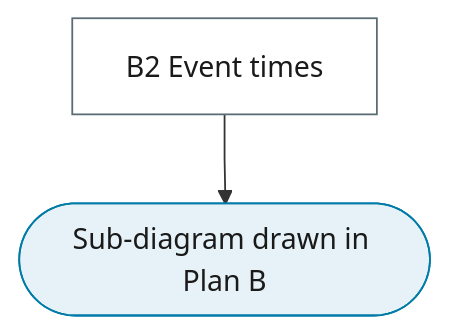
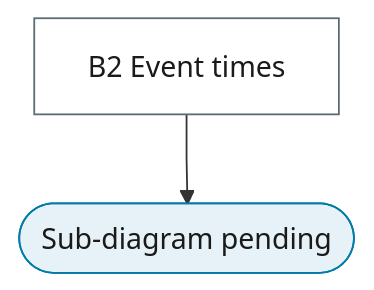
One commit to Shuxin-Y/time-series-analysis-manual changed the diagram in docs/reference/17-point-processes/index.md. Above: the diagram before and after it, drawn with Mermaid. The commit also changed other lines of this file and 66 other files, not shown here.

````diff
--- a/docs/reference/17-point-processes/index.md
+++ b/docs/reference/17-point-processes/index.md
@@ -9,15 +7,15 @@
 ```mermaid
 %%{init: {"flowchart": {"curve": "linear"}}}%%
 graph TD
-    B2["B2 Event times"] --> B2_PENDING(["Sub-diagram drawn in Plan B"])
+    B2["B2 Event times"] --> B2_PENDING(["Sub-diagram pending"])
     class B2 process
     class B2_PENDING terminator
     classDef terminator fill:#E6F2F7,stroke:#007BA7,color:#1A1A1A;
     classDef process fill:#FFFFFF,stroke:#5A6B73,color:#1A1A1A;
     classDef decision fill:#EFE7F0,stroke:#9B7FA7,color:#1A1A1A;
     classDef data fill:#FFF4E0,stroke:#C9A55E,color:#1A1A1A;
     classDef good fill:#DCEFD8,stroke:#4A7A3F,color:#1A1A1A;
     classDef escalate fill:#FFE9C2,stroke:#C9A55E,color:#1A1A1A;
     classDef problem fill:#F2D9DE,stroke:#800020,color:#1A1A1A;
     classDef ref fill:#F7F7F7,stroke:#5A6B73,color:#1A1A1A,stroke-dasharray:4 3;
 ```
````
